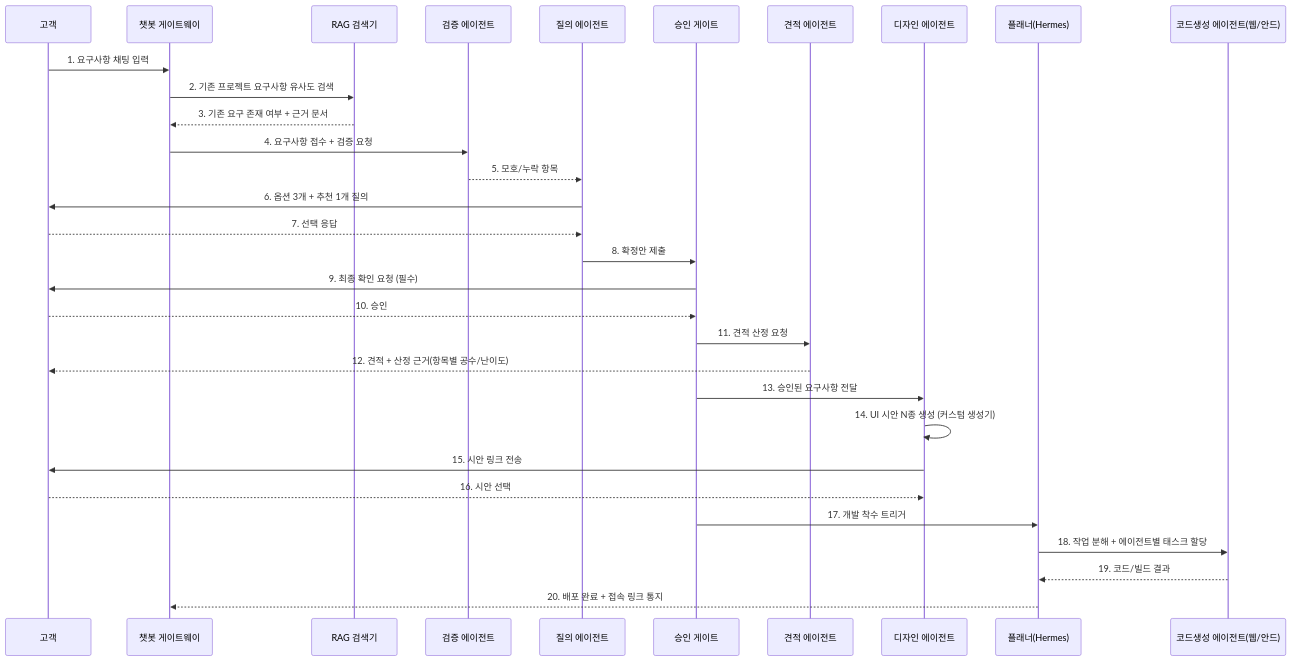
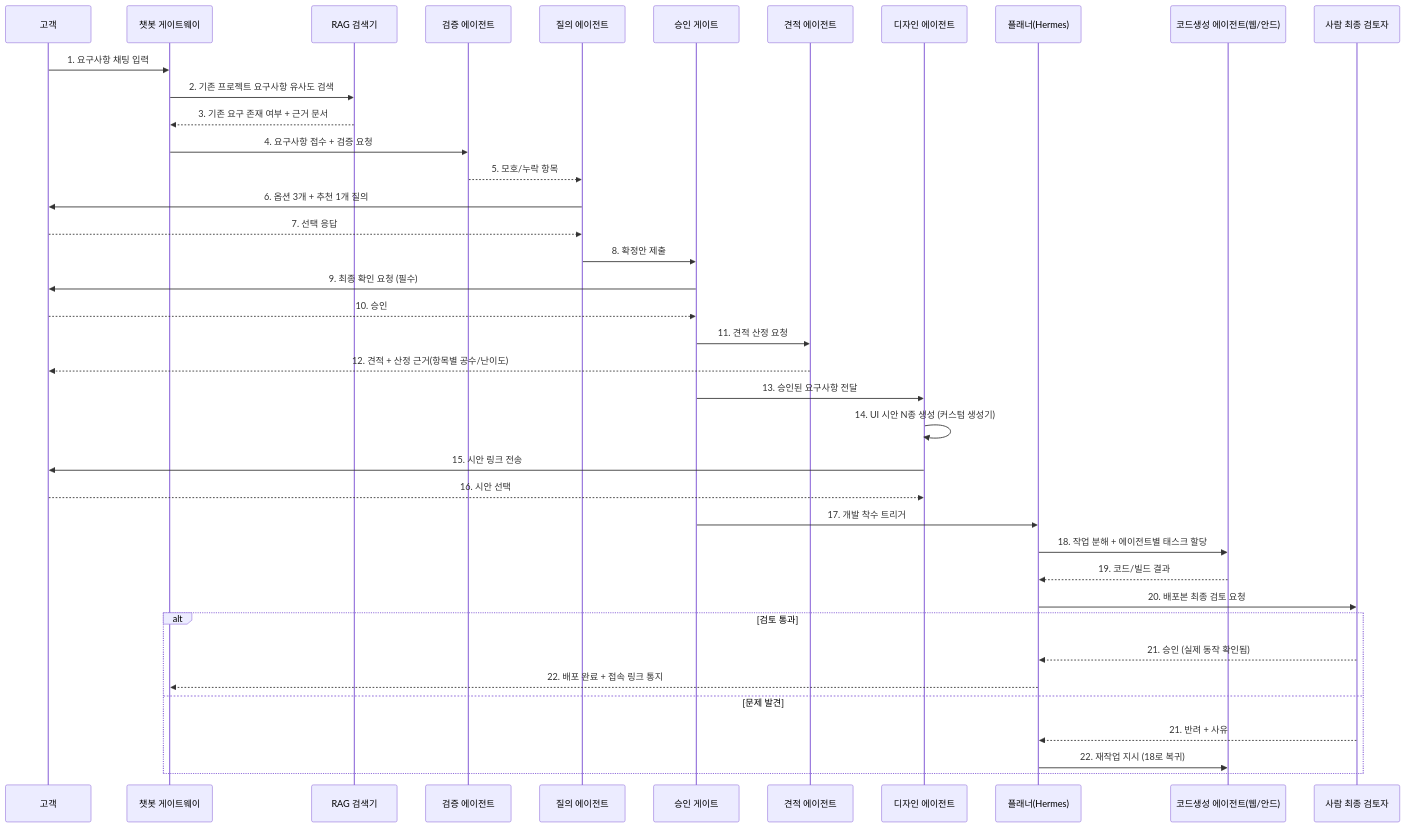
The second of 2 diagrams in docs/hackathon/ARCHITECTURE.md (kyungsikjeung/agt001), drawn with Mermaid before and after one commit. The commit also changed other lines of this file and 2 other files, not shown here.

````diff
--- a/docs/hackathon/ARCHITECTURE.md
+++ b/docs/hackathon/ARCHITECTURE.md
@@ -159,34 +169,42 @@
 ```mermaid
 sequenceDiagram
     participant C as 고객
     participant B as 챗봇 게이트웨이
     participant R as RAG 검색기
     participant V as 검증 에이전트
     participant A as 질의 에이전트
     participant G as 승인 게이트
     participant Q as 견적 에이전트
     participant D as 디자인 에이전트
     participant P as 플래너(Hermes)
     participant K as 코드생성 에이전트(웹/안드)
+    participant H as 사람 최종 검토자
 
     C->>B: 1. 요구사항 채팅 입력
     B->>R: 2. 기존 프로젝트 요구사항 유사도 검색
     R-->>B: 3. 기존 요구 존재 여부 + 근거 문서
     B->>V: 4. 요구사항 접수 + 검증 요청
     V-->>A: 5. 모호/누락 항목
     A->>C: 6. 옵션 3개 + 추천 1개 질의
     C-->>A: 7. 선택 응답
     A->>G: 8. 확정안 제출
     G->>C: 9. 최종 확인 요청 (필수)
     C-->>G: 10. 승인
     G->>Q: 11. 견적 산정 요청
     Q-->>C: 12. 견적 + 산정 근거(항목별 공수/난이도)
     G->>D: 13. 승인된 요구사항 전달
     D->>D: 14. UI 시안 N종 생성 (커스텀 생성기)
     D->>C: 15. 시안 링크 전송
     C-->>D: 16. 시안 선택
     G->>P: 17. 개발 착수 트리거
     P->>K: 18. 작업 분해 + 에이전트별 태스크 할당
     K-->>P: 19. 코드/빌드 결과
-    P-->>B: 20. 배포 완료 + 접속 링크 통지
+    P->>H: 20. 배포본 최종 검토 요청
+    alt 검토 통과
+        H-->>P: 21. 승인 (실제 동작 확인됨)
+        P-->>B: 22. 배포 완료 + 접속 링크 통지
+    else 문제 발견
+        H-->>P: 21. 반려 + 사유
+        P->>K: 22. 재작업 지시 (18로 복귀)
+    end
 ```
````
